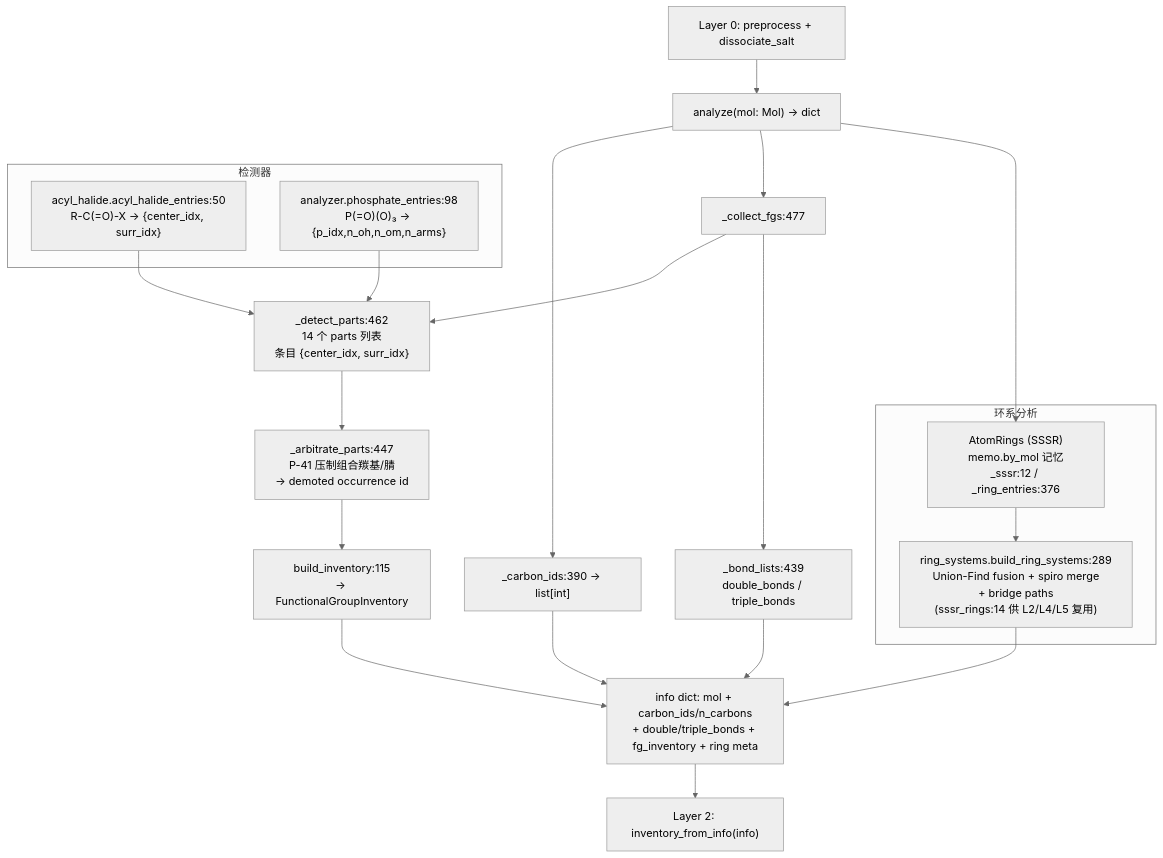
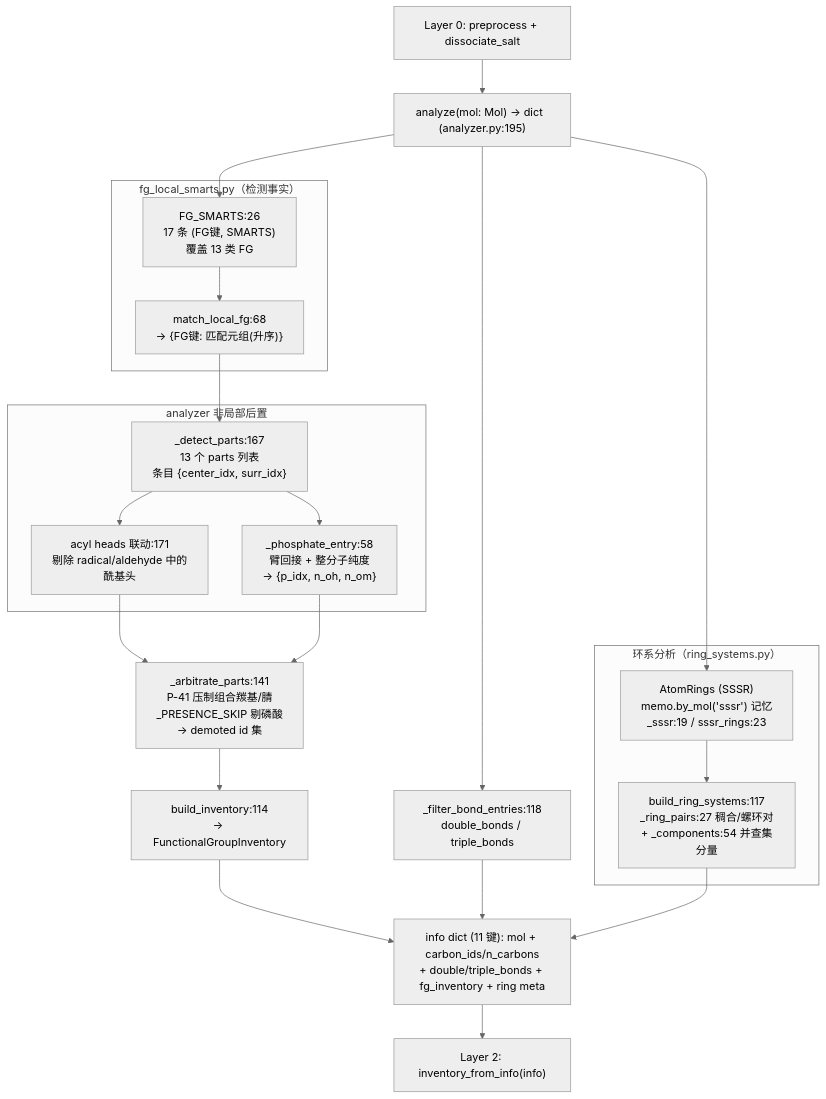
One commit to zouxiaofei1/OpenSMILES changed the first of 2 diagrams in docs/wiki/architecture/layer1-analyzer.md. Above: the diagram before and after it, drawn with Mermaid (neutral theme). The commit also changed other lines of this file and 20 other files, not shown here.

````diff
--- a/docs/wiki/architecture/layer1-analyzer.md
+++ b/docs/wiki/architecture/layer1-analyzer.md
@@ -247,45 +299,47 @@
 ```mermaid
 flowchart TD
     L0["Layer 0: preprocess + dissociate_salt"]
-    L1_ENTRY["analyze(mol: Mol) → dict"]
-    CARBONS["_carbon_ids:390 → list[int]"]
-    FG_COLLECT["_collect_fgs:477"]
-    DETECT["_detect_parts:462<br/>14 个 parts 列表<br/>条目 {center_idx, surr_idx}"]
-    ARB["_arbitrate_parts:447<br/>P-41 压制组合羰基/腈<br/>→ demoted occurrence id"]
-    INV["build_inventory:115<br/>→ FunctionalGroupInventory"]
-    BONDS["_bond_lists:439<br/>double_bonds / triple_bonds"]
+    L1_ENTRY["analyze(mol: Mol) → dict  (analyzer.py:195)"]
 
-    subgraph DET["检测器"]
-        AH["acyl_halide.acyl_halide_entries:50<br/>R-C(=O)-X → {center_idx, surr_idx}"]
-        PHOS["analyzer.phosphate_entries:98<br/>P(=O)(O)₃ → {p_idx,n_oh,n_om,n_arms}"]
+    subgraph SMARTS["fg_local_smarts.py（检测事实）"]
+        TBL["FG_SMARTS:26<br/>17 条 (FG键, SMARTS)<br/>覆盖 13 类 FG"]
+        MATCH["match_local_fg:68<br/>→ {FG键: 匹配元组(升序)}"]
     end
 
-    subgraph RING["环系分析"]
-        SSSR["AtomRings (SSSR)<br/>memo.by_mol 记忆<br/>_sssr:12 / _ring_entries:376"]
-        RING_SYS["ring_systems.build_ring_systems:289<br/>Union-Find fusion + spiro merge<br/>+ bridge paths<br/>(sssr_rings:14 供 L2/L4/L5 复用)"]
+    subgraph DET["analyzer 非局部后置"]
+        DETECT["_detect_parts:167<br/>13 个 parts 列表<br/>条目 {center_idx, surr_idx}"]
+        HEADS["acyl heads 联动:171<br/>剔除 radical/aldehyde 中的酰基头"]
+        PHOS["_phosphate_entry:58<br/>臂回接 + 整分子纯度<br/>→ {p_idx, n_oh, n_om}"]
     end
 
-    RESULT["info dict: mol + carbon_ids/n_carbons<br/>+ double/triple_bonds + fg_inventory + ring meta"]
+    ARB["_arbitrate_parts:141<br/>P-41 压制组合羰基/腈<br/>_PRESENCE_SKIP 剔磷酸<br/>→ demoted id 集"]
+    INV["build_inventory:114<br/>→ FunctionalGroupInventory"]
+    BONDS["_filter_bond_entries:118<br/>double_bonds / triple_bonds"]
+
+    subgraph RING["环系分析（ring_systems.py）"]
+        SSSR["AtomRings (SSSR)<br/>memo.by_mol('sssr') 记忆<br/>_sssr:19 / sssr_rings:23"]
+        RING_SYS["build_ring_systems:117<br/>_ring_pairs:27 稠合/螺环对<br/>+ _components:54 并查集分量"]
+    end
+
+    RESULT["info dict (11 键): mol + carbon_ids/n_carbons<br/>+ double/triple_bonds + fg_inventory + ring meta"]
     L2["Layer 2: inventory_from_info(info)"]
 
     L0 --> L1_ENTRY
-    L1_ENTRY --> CARBONS
-    L1_ENTRY --> FG_COLLECT
+    L1_ENTRY --> TBL
+    TBL --> MATCH
+    MATCH --> DETECT
+    DETECT --> HEADS
+    DETECT --> PHOS
+    HEADS --> ARB
+    PHOS --> ARB
+    ARB --> INV
+    L1_ENTRY --> BONDS
     L1_ENTRY --> SSSR
-
-    FG_COLLECT --> DETECT
-    AH --> DETECT
-    PHOS --> DETECT
-    DETECT --> ARB
-    ARB --> INV
-    FG_COLLECT --> BONDS
 
     INV --> RESULT
     BONDS --> RESULT
-    CARBONS --> RESULT
-
     SSSR --> RING_SYS
     RING_SYS --> RESULT
 
     RESULT --> L2
 ```
````
